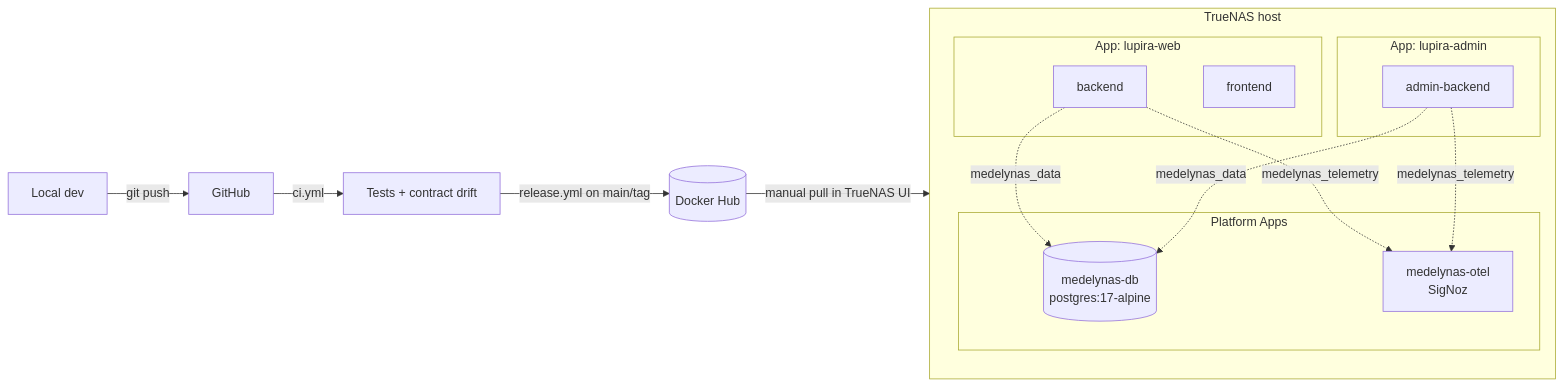
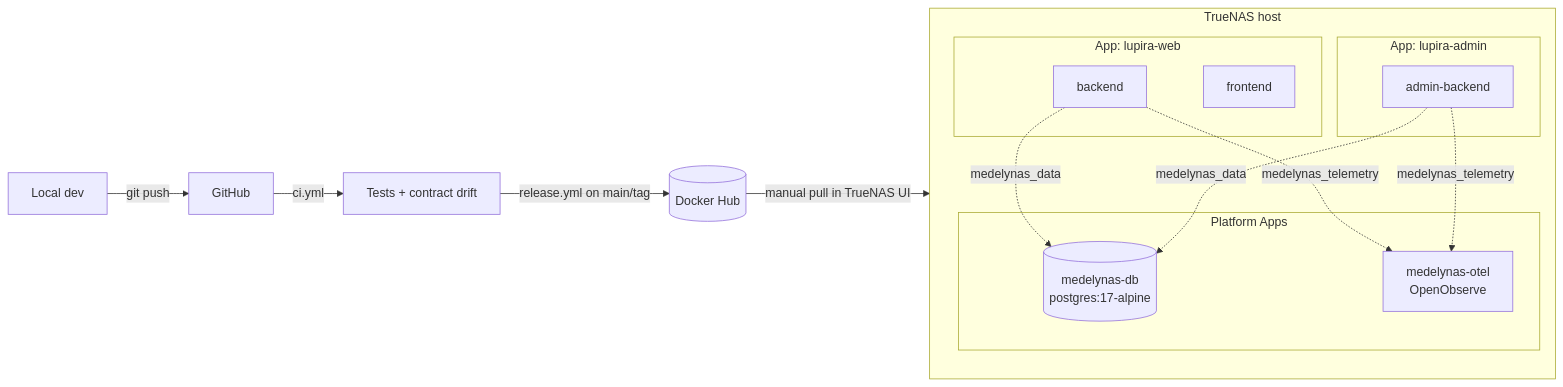
The diagram in docs/CICD.md (danbro96/LupiraWeb), drawn with Mermaid before and after one commit. The commit also changed other lines of this file and 7 other files, not shown here.

````diff
--- a/docs/CICD.md
+++ b/docs/CICD.md
@@ -7,25 +7,25 @@
 ```mermaid
 flowchart LR
   dev[Local dev] -->|git push| gh[GitHub]
   gh -->|ci.yml| tests[Tests + contract drift]
   tests -->|release.yml on main/tag| dh[(Docker Hub)]
   dh -->|manual pull in TrueNAS UI| nas[TrueNAS 25.10.1]
 
   subgraph nas[TrueNAS host]
     subgraph platform[Platform Apps]
       pg[(medelynas-db<br/>postgres:17-alpine)]
-      otel[medelynas-otel<br/>SigNoz]
+      otel[medelynas-otel<br/>OpenObserve]
     end
     subgraph web_app[App: lupira-web]
       be[backend]
       fe[frontend]
     end
     subgraph admin_app[App: lupira-admin]
       adminbe[admin-backend]
     end
     be -.medelynas_data.-> pg
     adminbe -.medelynas_data.-> pg
     be -.medelynas_telemetry.-> otel
     adminbe -.medelynas_telemetry.-> otel
   end
 ```
````
